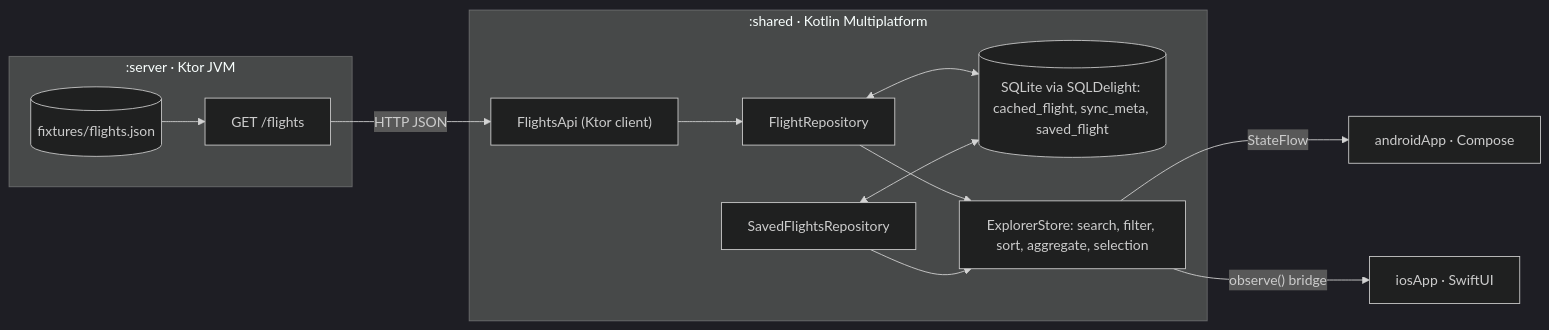
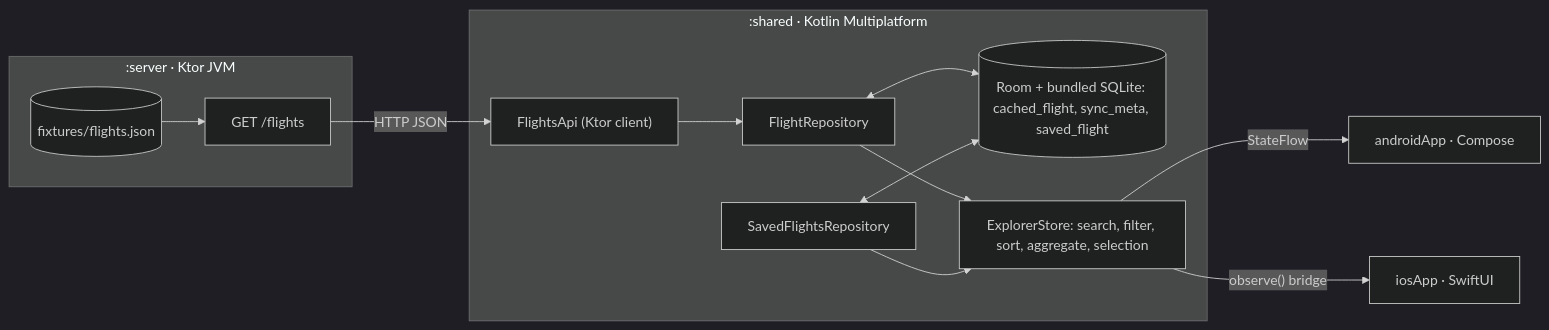
The first of 2 diagrams in docs/ARCHITECTURE.md (JJUN-SEO/Roame-Flight-Explorer), drawn with Mermaid (dark theme) before and after one commit. The commit also changed other lines of this file and 5 other files, not shown here.

First line of the commit message:
docs: record Room on bundled SQLite as the database (D3, owner's choice)

````diff
--- a/docs/ARCHITECTURE.md
+++ b/docs/ARCHITECTURE.md
@@ -7,17 +7,17 @@
 ```mermaid
 flowchart LR
   subgraph SRV[":server · Ktor JVM"]
     FX[(fixtures/flights.json)] --> EP["GET /flights"]
   end
   subgraph SH[":shared · Kotlin Multiplatform"]
     API["FlightsApi (Ktor client)"] --> FR[FlightRepository]
-    DB[("SQLite via SQLDelight: cached_flight, sync_meta, saved_flight")]
+    DB[("Room + bundled SQLite: cached_flight, sync_meta, saved_flight")]
     FR <--> DB
     SR[SavedFlightsRepository] <--> DB
     FR --> ST["ExplorerStore: search, filter, sort, aggregate, selection"]
     SR --> ST
   end
   EP -- "HTTP JSON" --> API
   ST -- "StateFlow" --> AND["androidApp · Compose"]
   ST -- "observe() bridge" --> IOS["iosApp · SwiftUI"]
 ```
````
